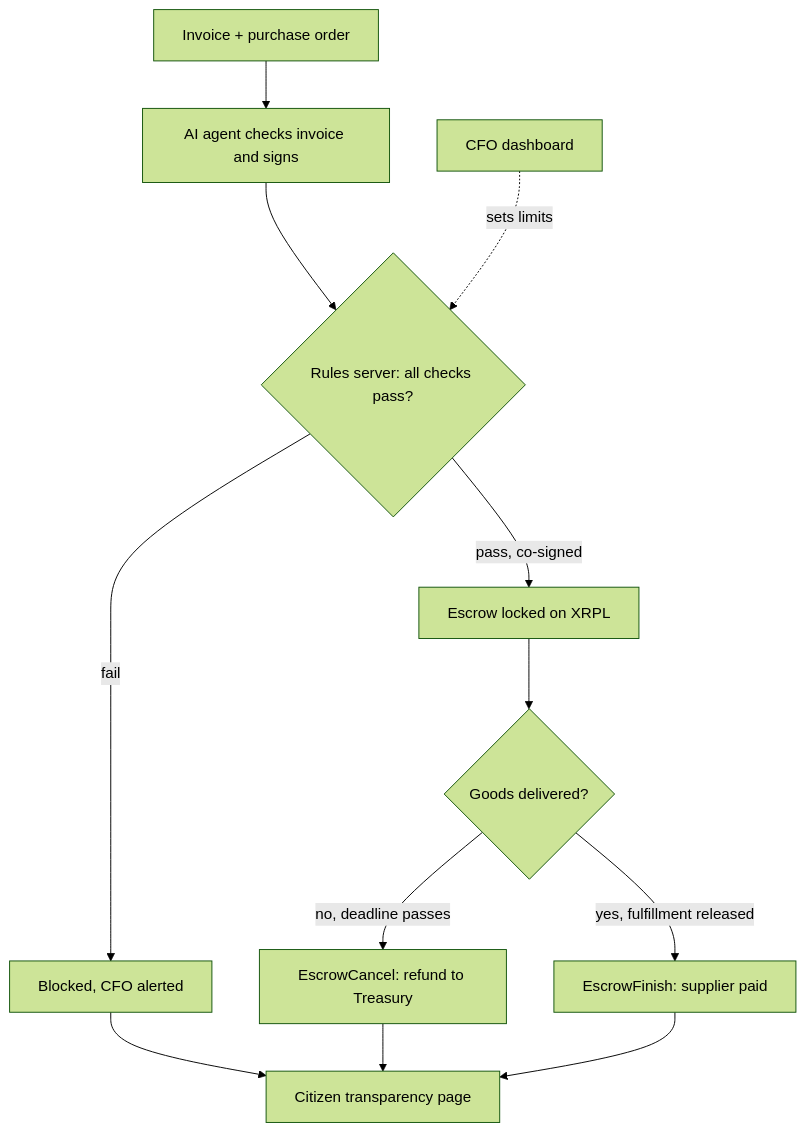
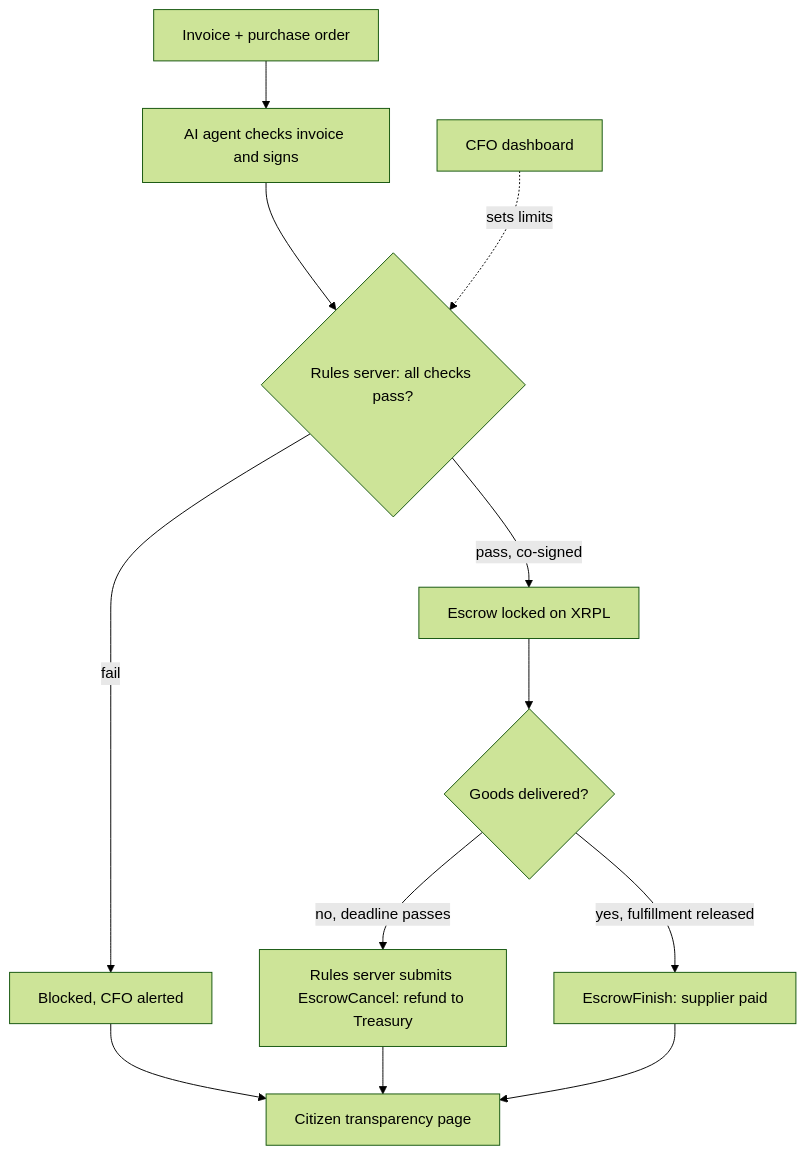
One commit to mdvar2/imali-yethu changed the diagram in README.md. Above: the diagram before and after it, drawn with Mermaid (forest theme). The commit also changed other lines of this file and 1 other file, not shown here.

Commit message:
Docs: security model, quorum-3 multisig, escrow cancel flow, Testnet proof

````diff
--- a/README.md
+++ b/README.md
@@ -48,14 +49,14 @@
 ```mermaid
 flowchart TD
     A[Invoice + purchase order] --> B[AI agent checks invoice and signs]
     B --> C{Rules server: all checks pass?}
     C -- fail --> X[Blocked, CFO alerted]
     C -- pass, co-signed --> D[Escrow locked on XRPL]
     D --> E{Goods delivered?}
-    E -- "no, deadline passes" --> R[EscrowCancel: refund to Treasury]
+    E -- "no, deadline passes" --> R[Rules server submits EscrowCancel: refund to Treasury]
     E -- "yes, fulfillment released" --> P[EscrowFinish: supplier paid]
     CFO[CFO dashboard] -. sets limits .-> C
     P --> T[Citizen transparency page]
     X --> T
     R --> T
 ```
````
